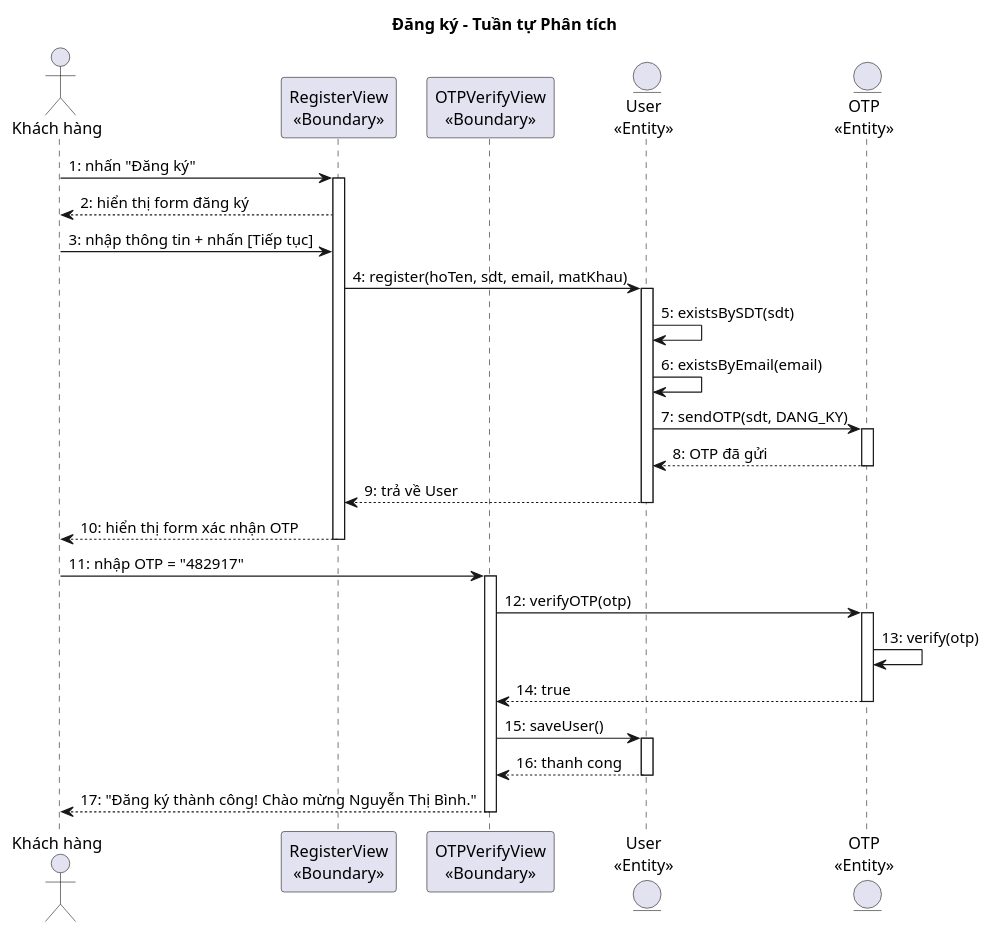
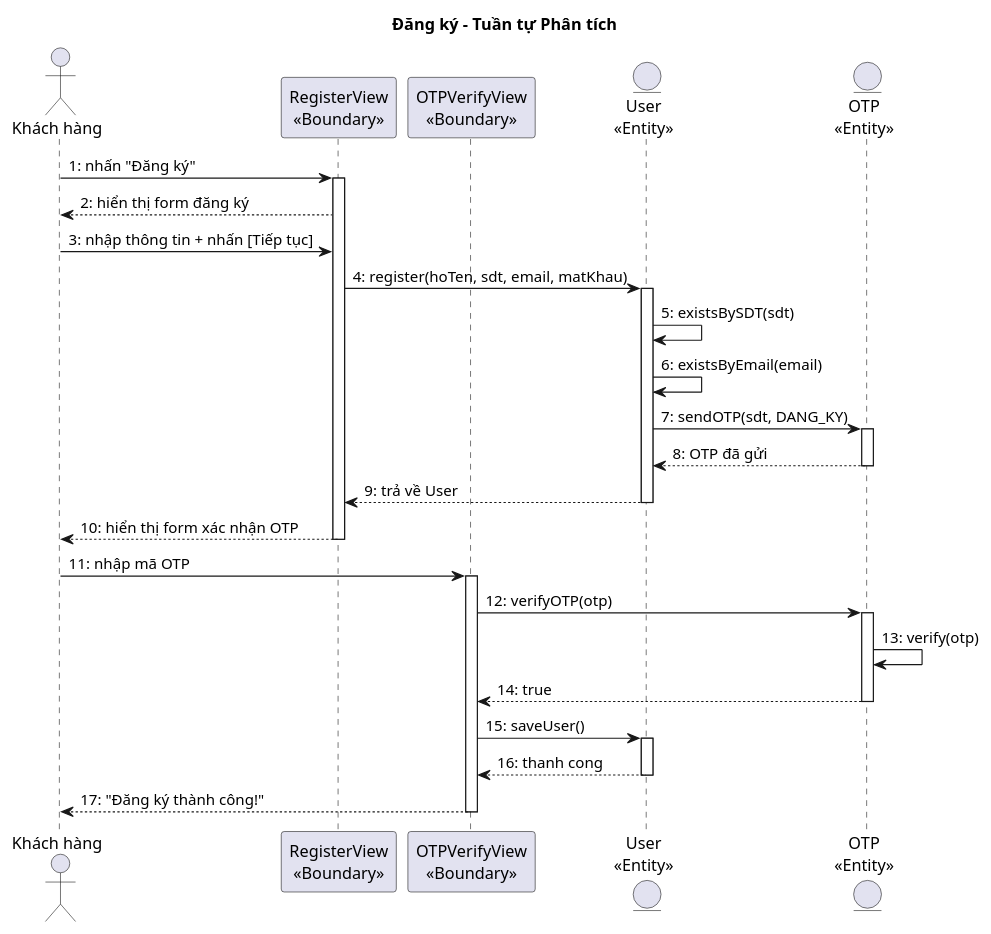
Before and after one commit to thanhtrnnn/cnpm: the second of 5 diagrams in docs/tabs/section-account-ii.md, drawn with PlantUML. The commit also changed other lines of this file and 2 other files, not shown here.

Commit message:
fix: remove real data from scenarios, simple method names in v3
- II.4: Remove real data values from Kịch bản v2 narratives and PlantUML
- III.4: Simplify method names (remove parameter types), remove real data
- Wireframe sample data kept (UI mockup needs realistic data)
- DOCX: 653KB, 593 paragraphs, 63 tables, 20 images

````diff
--- a/docs/tabs/section-account-ii.md
+++ b/docs/tabs/section-account-ii.md
@@ -230,42 +230,42 @@
 ```plantuml
 @startuml
 title Đăng ký – Tuần tự Phân tích
 
 actor "Khách hàng" as KH
 participant "RegisterView\n<<Boundary>>" as B1
 participant "OTPVerifyView\n<<Boundary>>" as B2
 entity "User\n<<Entity>>" as E1
 entity "OTP\n<<Entity>>" as E2
 
 KH -> B1 : 1: nhấn "Đăng ký"
 activate B1
 B1 --> KH : 2: hiển thị form đăng ký
 KH -> B1 : 3: nhập thông tin + nhấn [Tiếp tục]
 B1 -> E1 : 4: register(hoTen, sdt, email, matKhau)
 activate E1
 E1 -> E1 : 5: existsBySDT(sdt)
 E1 -> E1 : 6: existsByEmail(email)
 E1 -> E2 : 7: sendOTP(sdt, DANG_KY)
 activate E2
 E2 --> E1 : 8: OTP đã gửi
 deactivate E2
 E1 --> B1 : 9: trả về User
 deactivate E1
 B1 --> KH : 10: hiển thị form xác nhận OTP
 deactivate B1
 
-KH -> B2 : 11: nhập OTP = "482917"
+KH -> B2 : 11: nhập mã OTP
 activate B2
 B2 -> E2 : 12: verifyOTP(otp)
 activate E2
 E2 -> E2 : 13: verify(otp)
 E2 --> B2 : 14: true
 deactivate E2
 B2 -> E1 : 15: saveUser()
 activate E1
 E1 --> B2 : 16: thanh cong
 deactivate E1
-B2 --> KH : 17: "Đăng ký thành công! Chào mừng Nguyễn Thị Bình."
+B2 --> KH : 17: "Đăng ký thành công!"
 deactivate B2
 @enduml
 ```
````
